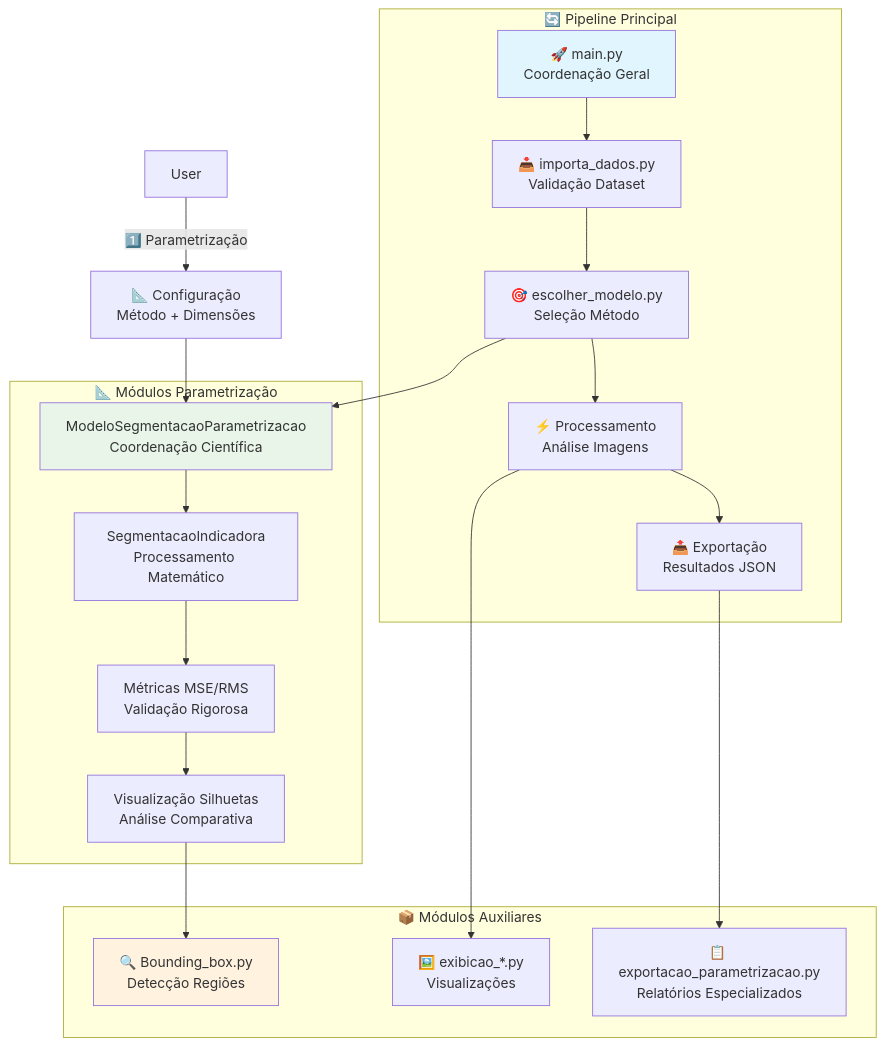
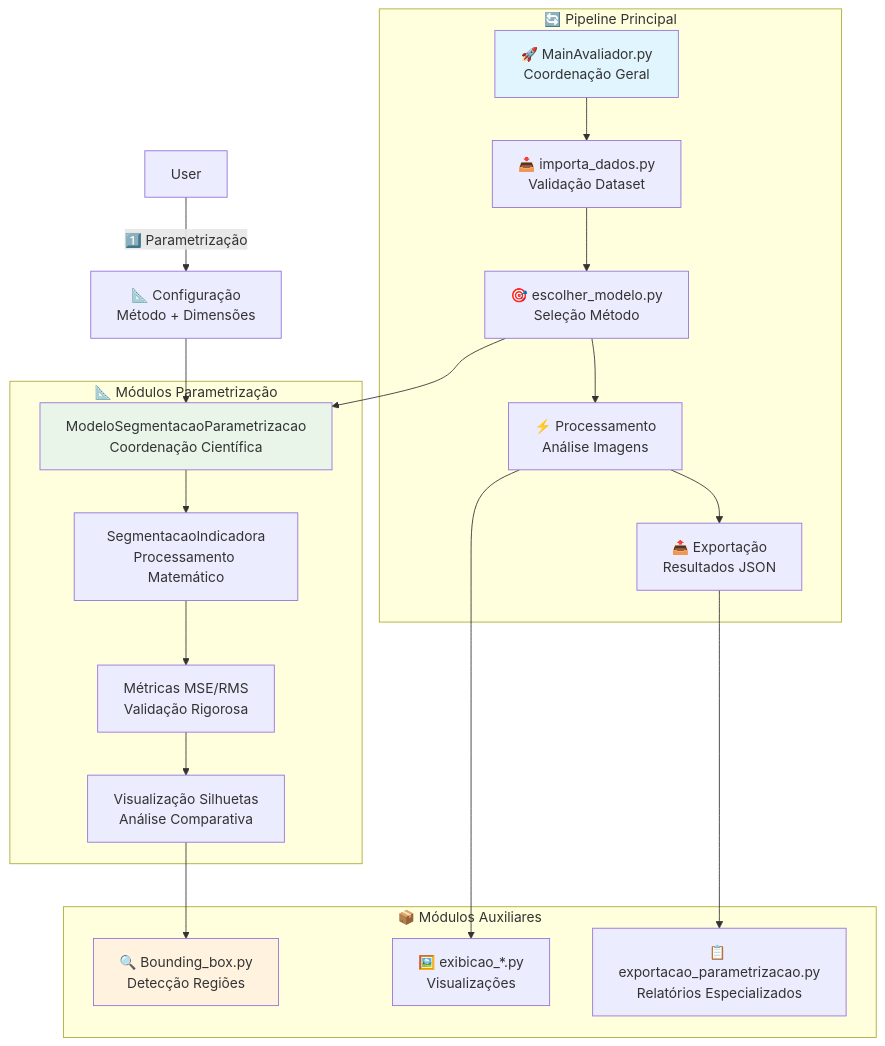
The sixth of 15 diagrams in README.md (danilorigitano/DesafioInovia-dev), drawn with Mermaid before and after one commit. The commit also changed other lines of this file and 8 other files, not shown here.

````diff
--- a/README.md
+++ b/README.md
@@ -144,44 +266,44 @@
 ```mermaid
 graph TB
     subgraph "🔄 Pipeline Principal"
-        Main[🚀 main.py<br/>Coordenação Geral]
+        Main[🚀 MainAvaliador.py<br/>Coordenação Geral]
         Import[📥 importa_dados.py<br/>Validação Dataset]
         Choose[🎯 escolher_modelo.py<br/>Seleção Método]
         Process[⚡ Processamento<br/>Análise Imagens]
         Export[📤 Exportação<br/>Resultados JSON]
     end
     
     subgraph "📐 Módulos Parametrização"
         Param_Model[ModeloSegmentacaoParametrizacao<br/>Coordenação Científica]
         Param_Engine[SegmentacaoIndicadora<br/>Processamento Matemático]
         Param_Metrics[Métricas MSE/RMS<br/>Validação Rigorosa]
         Param_Visual[Visualização Silhuetas<br/>Análise Comparativa]
     end
     
     subgraph "📦 Módulos Auxiliares"
         BBox[🔍 Bounding_box.py<br/>Detecção Regiões]
         Display[🖼️ exibicao_*.py<br/>Visualizações]
         Export_Param[📋 exportacao_parametrizacao.py<br/>Relatórios Especializados]
     end
     
     Main --> Import
     Import --> Choose
     Choose --> Process
     Process --> Export
     
     Choose --> Param_Model
     Param_Model --> Param_Engine
     Param_Engine --> Param_Metrics
     Param_Metrics --> Param_Visual
     
     Param_Visual --> BBox
     Process --> Display
     Export --> Export_Param
     
     User -->|1️⃣ Parametrização| Param_Config[📐 Configuração<br/>Método + Dimensões]
     Param_Config --> Param_Model
     
     style Main fill:#e1f5fe
     style Param_Model fill:#e8f5e8
     style BBox fill:#fff3e0
 ```
````
